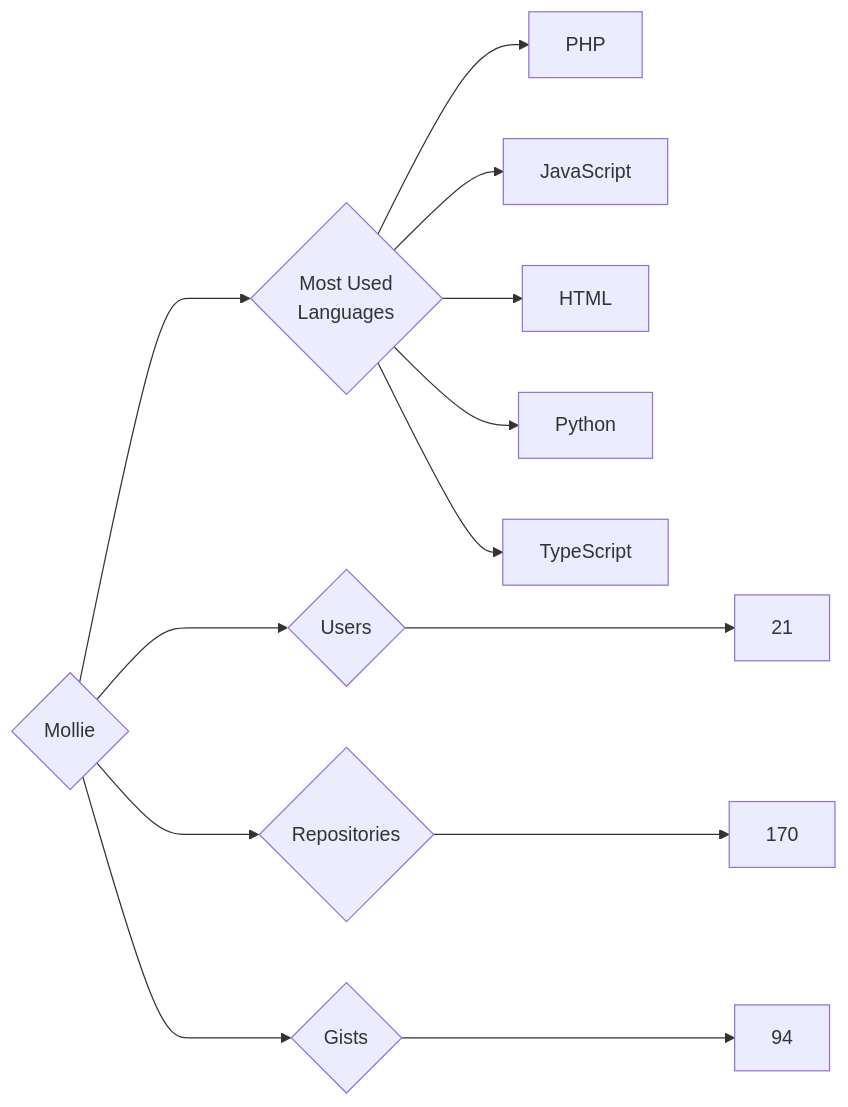
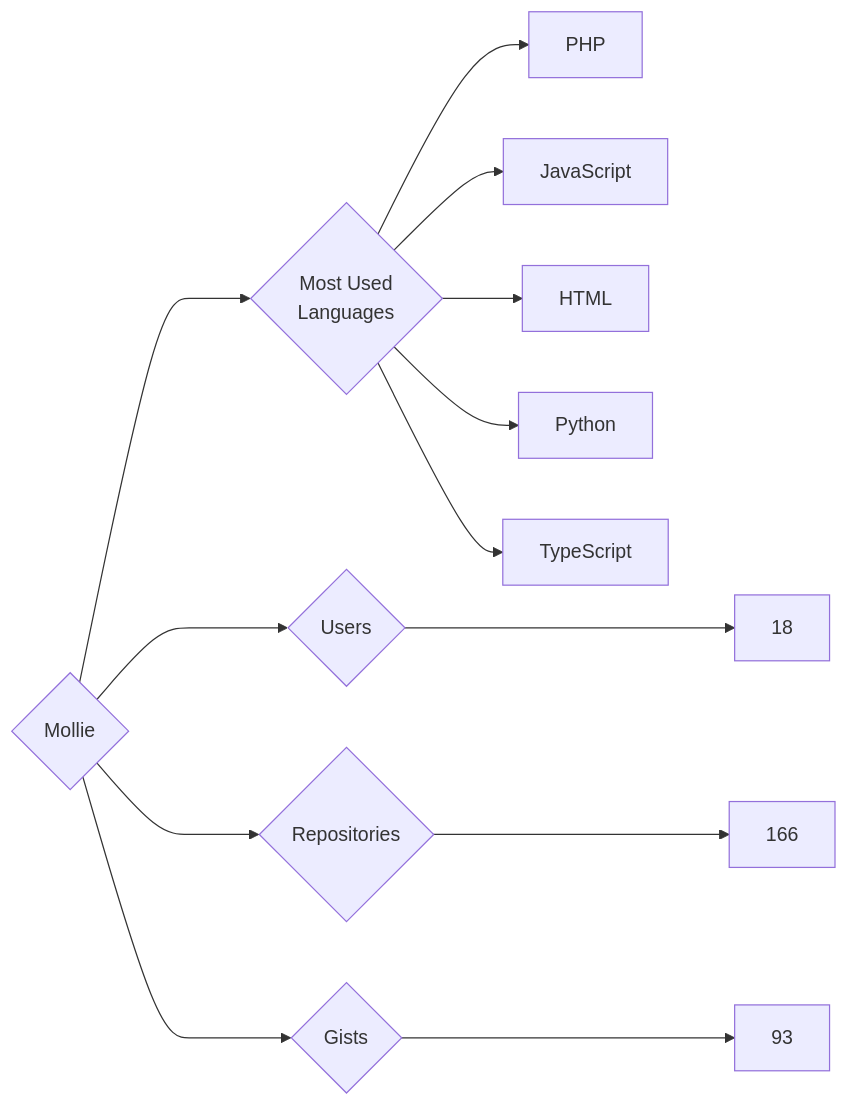
Before and after one commit to trickest/insiders: the diagram in targets/Mollie/README.md, drawn with Mermaid. The commit also changed 903 other files, not shown here.

````diff
--- a/targets/Mollie/README.md
+++ b/targets/Mollie/README.md
@@ -3,13 +3,13 @@
 ```mermaid
 graph LR
 COMPANY_NAME{Mollie}
-COMPANY_NAME ---> U{Users} ---> UN[21]
-COMPANY_NAME ---> R{Repositories} ---> RN[170]
-COMPANY_NAME ---> G{Gists} ---> GN[94]
+COMPANY_NAME ---> U{Users} ---> UN[18]
+COMPANY_NAME ---> R{Repositories} ---> RN[166]
+COMPANY_NAME ---> G{Gists} ---> GN[93]
 COMPANY_NAME ---> ML{Most Used<br>Languages}
 ML --> PHP[PHP]
 ML --> JavaScript[JavaScript]
 ML --> HTML[HTML]
 ML --> Python[Python]
 ML --> TypeScript[TypeScript]
 ```
````
